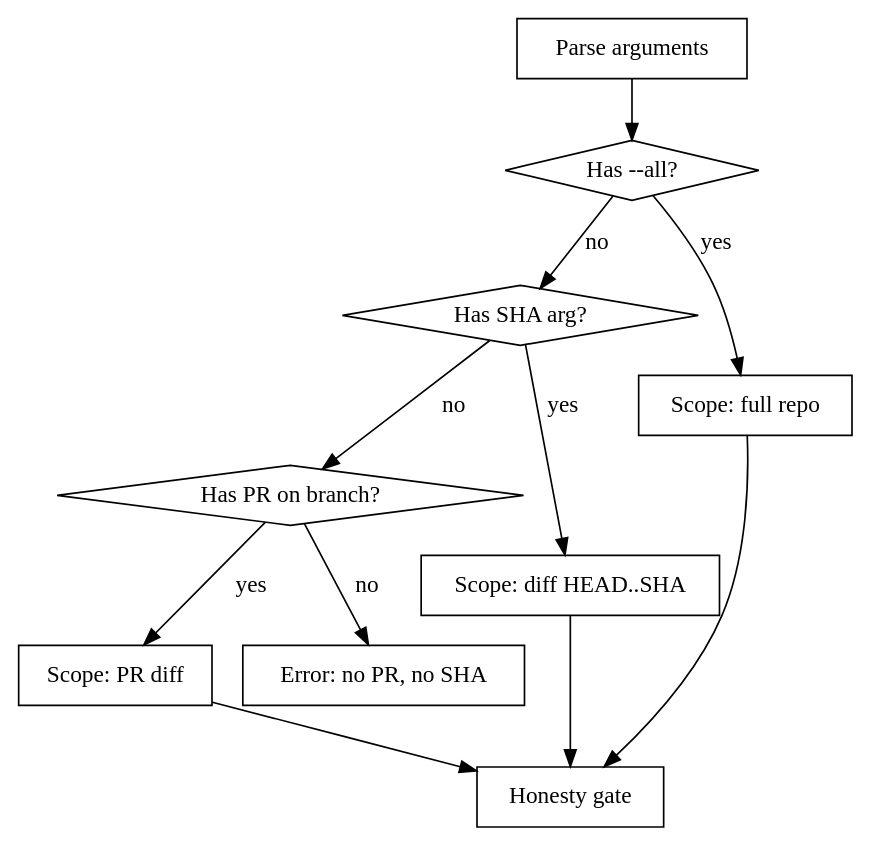
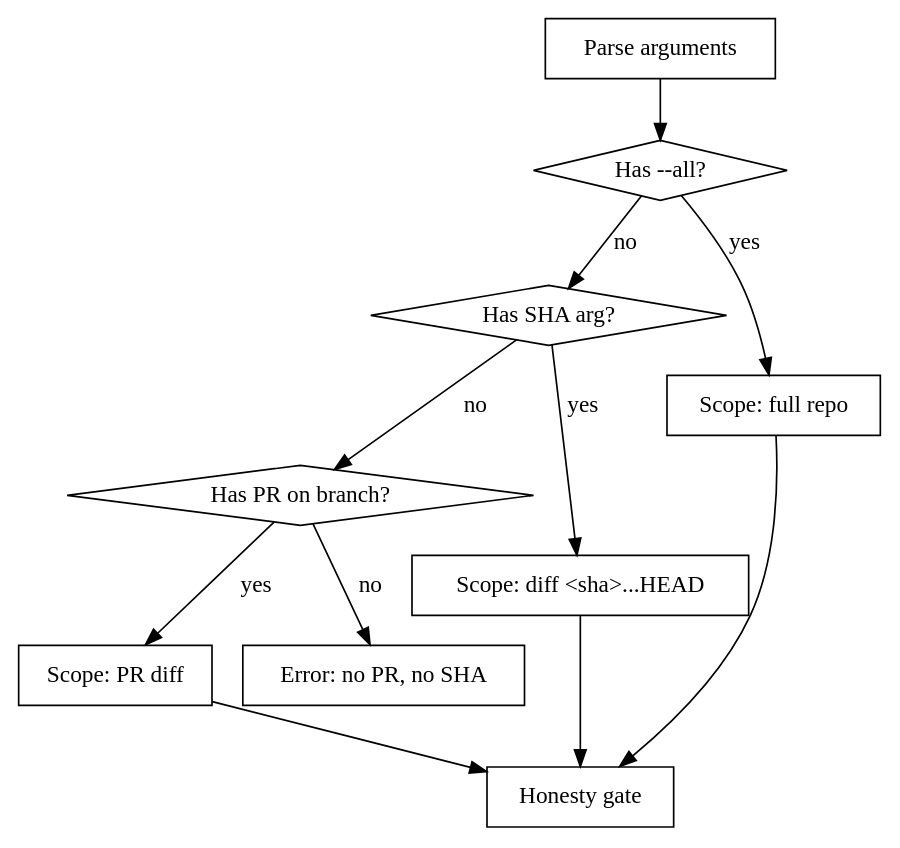
Before and after one commit to mnbf9rca/claude-plugins: the diagram in plugins/day-1-review/skills/day-1-review/SKILL.md, drawn with Graphviz. The commit also changed other lines of this file and 3 other files, not shown here.

````diff
--- a/plugins/day-1-review/skills/day-1-review/SKILL.md
+++ b/plugins/day-1-review/skills/day-1-review/SKILL.md
@@ -25,24 +25,24 @@
 ```dot
 digraph scope {
     "Parse arguments" [shape=box];
     "Has --all?" [shape=diamond];
     "Has SHA arg?" [shape=diamond];
     "Has PR on branch?" [shape=diamond];
     "Scope: full repo" [shape=box];
-    "Scope: diff HEAD..SHA" [shape=box];
+    "Scope: diff <sha>...HEAD" [shape=box];
     "Scope: PR diff" [shape=box];
     "Error: no PR, no SHA" [shape=box];
     "Honesty gate" [shape=box];
 
     "Parse arguments" -> "Has --all?";
     "Has --all?" -> "Scope: full repo" [label="yes"];
     "Has --all?" -> "Has SHA arg?" [label="no"];
-    "Has SHA arg?" -> "Scope: diff HEAD..SHA" [label="yes"];
+    "Has SHA arg?" -> "Scope: diff <sha>...HEAD" [label="yes"];
     "Has SHA arg?" -> "Has PR on branch?" [label="no"];
     "Has PR on branch?" -> "Scope: PR diff" [label="yes"];
     "Has PR on branch?" -> "Error: no PR, no SHA" [label="no"];
     "Scope: full repo" -> "Honesty gate";
-    "Scope: diff HEAD..SHA" -> "Honesty gate";
+    "Scope: diff <sha>...HEAD" -> "Honesty gate";
     "Scope: PR diff" -> "Honesty gate";
 }
 ```
````
